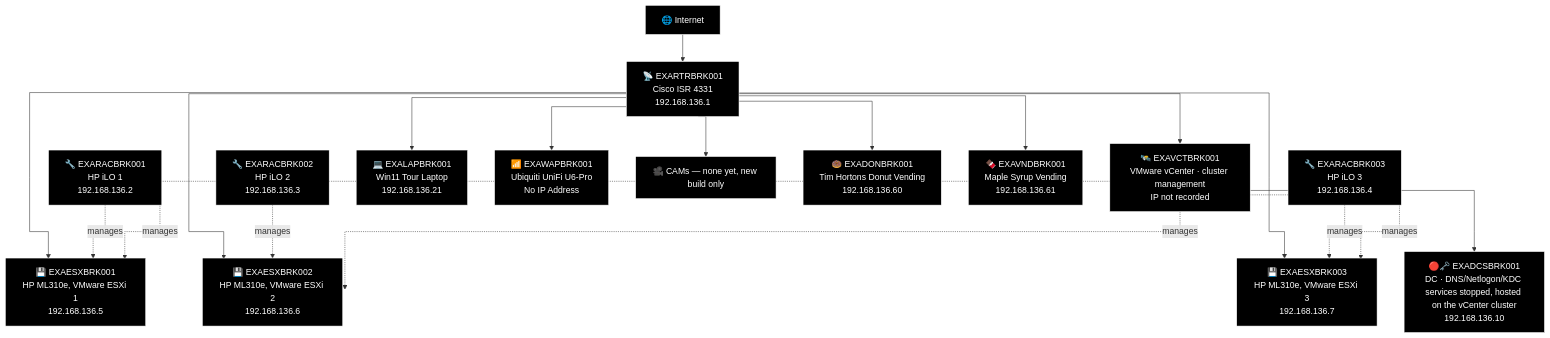
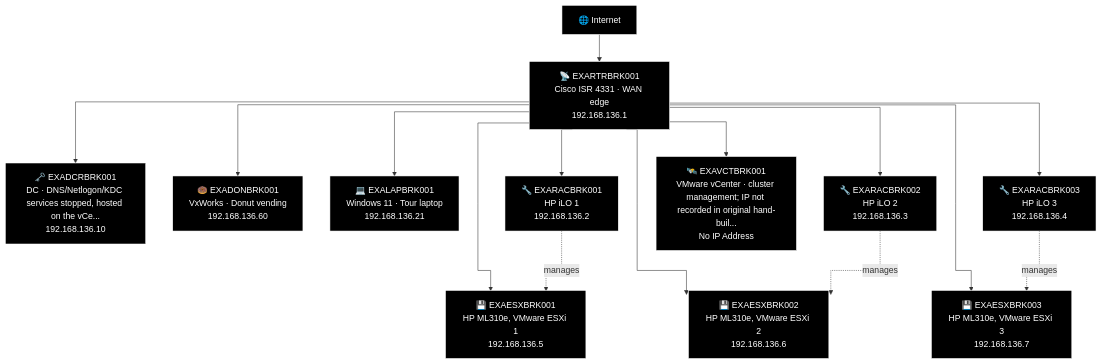
One commit to knightmare2600/example_music_infra changed the first of 8 diagrams in docs/network-diagram/canada.md. Above: the diagram before and after it, drawn with Mermaid. The commit also changed other lines of this file and 8 other files, not shown here.

````diff
--- a/docs/network-diagram/canada.md
+++ b/docs/network-diagram/canada.md
@@ -36,55 +36,45 @@
 ```mermaid
+%% GENERATED:OLDNETWORK:BRK:START
 %%{init: {'flowchart': {'curve': 'stepAfter'}}}%%
 graph TD
     O_INET["🌐 Internet"]
-    O_RTR["📡 EXARTRBRK001<br/>Cisco ISR 4331<br/>192.168.136.1"]
-    O_INET --> O_RTR
-
-    O_ILO1["🔧 EXARACBRK001<br/>HP iLO 1<br/>192.168.136.2"]
-    O_ILO2["🔧 EXARACBRK002<br/>HP iLO 2<br/>192.168.136.3"]
-    O_ILO3["🔧 EXARACBRK003<br/>HP iLO 3<br/>192.168.136.4"]
+    O_RTR["📡 EXARTRBRK001<br/>Cisco ISR 4331 · WAN edge<br/>192.168.136.1"]
+    O_DCR["🗝️ EXADCRBRK001<br/>DC · DNS/Netlogon/KDC services stopped, hosted on the vCe...<br/>192.168.136.10"]
+    O_DON["🍩 EXADONBRK001<br/>VxWorks · Donut vending<br/>192.168.136.60"]
     O_ESX1["💾 EXAESXBRK001<br/>HP ML310e, VMware ESXi 1<br/>192.168.136.5"]
     O_ESX2["💾 EXAESXBRK002<br/>HP ML310e, VMware ESXi 2<br/>192.168.136.6"]
     O_ESX3["💾 EXAESXBRK003<br/>HP ML310e, VMware ESXi 3<br/>192.168.136.7"]
-    O_VCT["🛰️ EXAVCTBRK001<br/>VMware vCenter · cluster management<br/>IP not recorded"]
+    O_LAP["💻 EXALAPBRK001<br/>Windows 11 · Tour laptop<br/>192.168.136.21"]
+    O_RAC1["🔧 EXARACBRK001<br/>HP iLO 1<br/>192.168.136.2"]
+    O_RAC2["🔧 EXARACBRK002<br/>HP iLO 2<br/>192.168.136.3"]
+    O_RAC3["🔧 EXARACBRK003<br/>HP iLO 3<br/>192.168.136.4"]
+    O_VCT["🛰️ EXAVCTBRK001<br/>VMware vCenter · cluster management; IP not recorded in original hand-buil...<br/>No IP Address"]
+    O_INET --> O_RTR
+    O_RTR --> O_DCR
+    O_RTR --> O_DON
     O_RTR --> O_ESX1
     O_RTR --> O_ESX2
     O_RTR --> O_ESX3
+    O_RTR --> O_LAP
+    O_RTR --> O_RAC1
+    O_RAC1 -.->|"manages"| O_ESX1
+    O_RTR --> O_RAC2
+    O_RAC2 -.->|"manages"| O_ESX2
+    O_RTR --> O_RAC3
+    O_RAC3 -.->|"manages"| O_ESX3
     O_RTR --> O_VCT
-    O_ILO1 -.->|"manages"| O_ESX1
-    O_ILO2 -.->|"manages"| O_ESX2
-    O_ILO3 -.->|"manages"| O_ESX3
-    O_VCT -.->|"manages"| O_ESX1
-    O_VCT -.->|"manages"| O_ESX2
-    O_VCT -.->|"manages"| O_ESX3
-
-    O_DC["🔴🗝️ EXADCSBRK001<br/>DC · DNS/Netlogon/KDC services stopped, hosted on the vCenter cluster<br/>192.168.136.10"]
-    O_VCT --> O_DC
-
-    O_LAP["💻 EXALAPBRK001<br/>Win11 Tour Laptop<br/>192.168.136.21"]
-    O_WAP["📶 EXAWAPBRK001<br/>Ubiquiti UniFi U6-Pro<br/>No IP Address"]
-    O_CAM["🎥 CAMs — none yet, new build only"]
-    O_VND1["🍩 EXADONBRK001<br/>Tim Hortons Donut Vending<br/>192.168.136.60"]
-    O_VND2["🍫 EXAVNDBRK001<br/>Maple Syrup Vending<br/>192.168.136.61"]
-    O_RTR --> O_LAP
-    O_RTR --> O_WAP
-    O_RTR --> O_CAM
-    O_RTR --> O_VND1
-    O_RTR --> O_VND2
 
     style O_INET fill:#000000,stroke:#FFFFFF,color:#FFFFFF
     style O_RTR fill:#000000,stroke:#FFFFFF,color:#FFFFFF
-    style O_ILO1 fill:#000000,stroke:#FFFFFF,color:#FFFFFF
-    style O_ILO2 fill:#000000,stroke:#FFFFFF,color:#FFFFFF
-    style O_ILO3 fill:#000000,stroke:#FFFFFF,color:#FFFFFF
+    style O_DCR fill:#000000,stroke:#FFFFFF,color:#FFFFFF
+    style O_DON fill:#000000,stroke:#FFFFFF,color:#FFFFFF
     style O_ESX1 fill:#000000,stroke:#FFFFFF,color:#FFFFFF
     style O_ESX2 fill:#000000,stroke:#FFFFFF,color:#FFFFFF
     style O_ESX3 fill:#000000,stroke:#FFFFFF,color:#FFFFFF
+    style O_LAP fill:#000000,stroke:#FFFFFF,color:#FFFFFF
+    style O_RAC1 fill:#000000,stroke:#FFFFFF,color:#FFFFFF
+    style O_RAC2 fill:#000000,stroke:#FFFFFF,color:#FFFFFF
+    style O_RAC3 fill:#000000,stroke:#FFFFFF,color:#FFFFFF
     style O_VCT fill:#000000,stroke:#FFFFFF,color:#FFFFFF
-    style O_DC fill:#000000,stroke:#FFFFFF,color:#FFFFFF
-    style O_LAP fill:#000000,stroke:#FFFFFF,color:#FFFFFF
-    style O_WAP fill:#000000,stroke:#FFFFFF,color:#FFFFFF
-    style O_CAM fill:#000000,stroke:#FFFFFF,color:#FFFFFF
-    style O_VND1 fill:#000000,stroke:#FFFFFF,color:#FFFFFF
-    style O_VND2 fill:#000000,stroke:#FFFFFF,color:#FFFFFF
+%% GENERATED:OLDNETWORK:BRK:END
 ```
````
